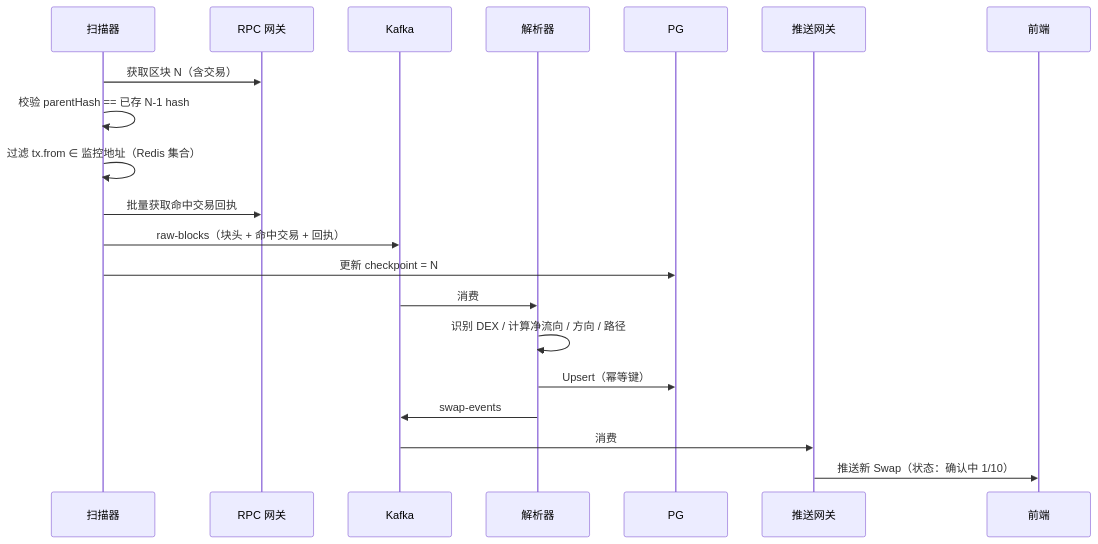
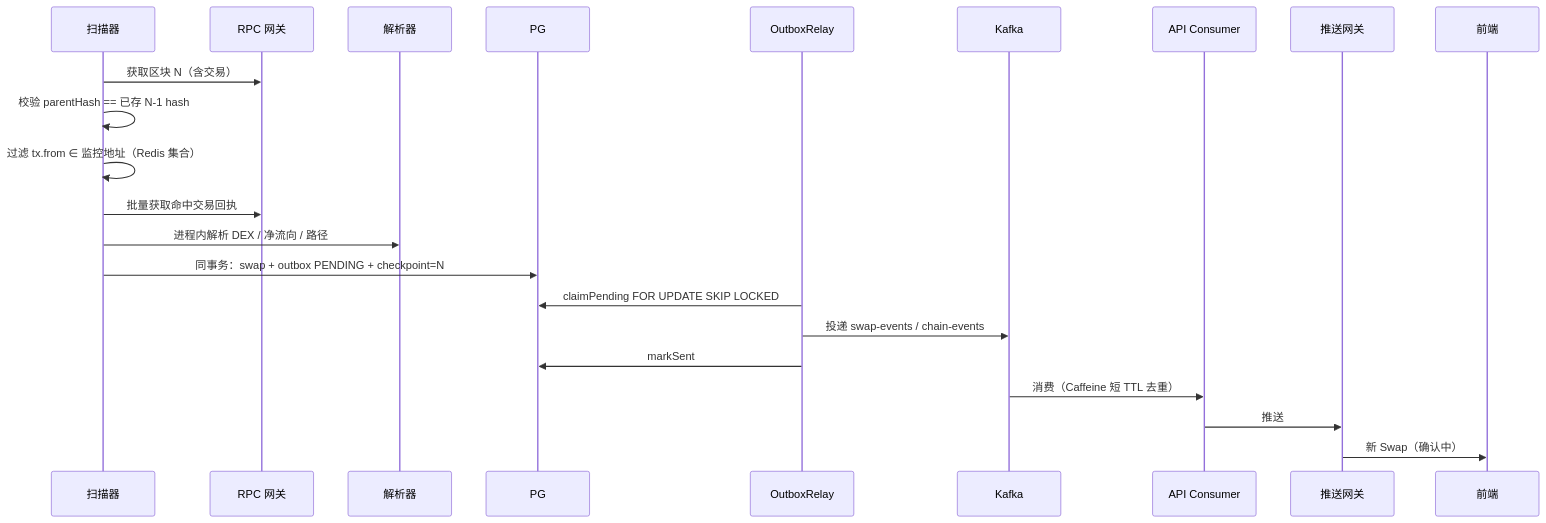
One commit to zhangjw1/anchor changed the third of 8 diagrams in docs/backend-design.md. Above: the diagram before and after it, drawn with Mermaid. The commit also changed other lines of this file and 15 other files, not shown here.

First line of the commit message:
docs: align design docs with outbox flow and annotate key logic

````diff
--- a/docs/backend-design.md
+++ b/docs/backend-design.md
@@ -257,22 +253,24 @@
 ```mermaid
 sequenceDiagram
     participant S as 扫描器
     participant R as RPC 网关
-    participant K as Kafka
     participant P as 解析器
     participant DB as PG
+    participant O as OutboxRelay
+    participant K as Kafka
+    participant C as API Consumer
     participant W as 推送网关
     participant F as 前端
     S->>R: 获取区块 N（含交易）
     S->>S: 校验 parentHash == 已存 N-1 hash
     S->>S: 过滤 tx.from ∈ 监控地址（Redis 集合）
     S->>R: 批量获取命中交易回执
-    S->>K: raw-blocks（块头 + 命中交易 + 回执）
-    S->>DB: 更新 checkpoint = N
-    K->>P: 消费
-    P->>P: 识别 DEX / 计算净流向 / 方向 / 路径
-    P->>DB: Upsert（幂等键）
-    P->>K: swap-events
-    K->>W: 消费
-    W->>F: 推送新 Swap（状态：确认中 1/10）
+    S->>P: 进程内解析 DEX / 净流向 / 路径
+    S->>DB: 同事务：swap + outbox PENDING + checkpoint=N
+    O->>DB: claimPending FOR UPDATE SKIP LOCKED
+    O->>K: 投递 swap-events / chain-events
+    O->>DB: markSent
+    K->>C: 消费（Caffeine 短 TTL 去重）
+    C->>W: 推送
+    W->>F: 新 Swap（确认中）
 ```
````
